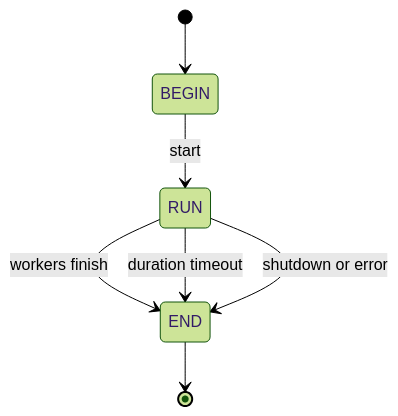
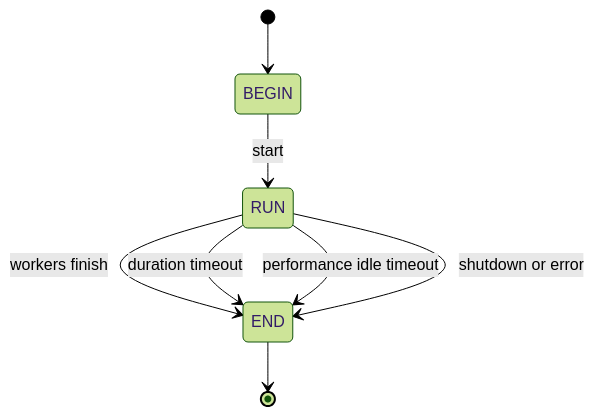
Before and after one commit to kmgowda/SBK: the fourth of 7 diagrams in docs/ARCHITECTURE.md, drawn with Mermaid (forest theme). The commit also changed other lines of this file and 93 other files, not shown here.

Commit message:
Add benchmark idle timeout

````diff
--- a/docs/ARCHITECTURE.md
+++ b/docs/ARCHITECTURE.md
@@ -129,9 +129,10 @@
 ```mermaid
 stateDiagram-v2
     [*] --> BEGIN
     BEGIN --> RUN: start
     RUN --> END: workers finish
     RUN --> END: duration timeout
+    RUN --> END: performance idle timeout
     RUN --> END: shutdown or error
     END --> [*]
 ```
````
